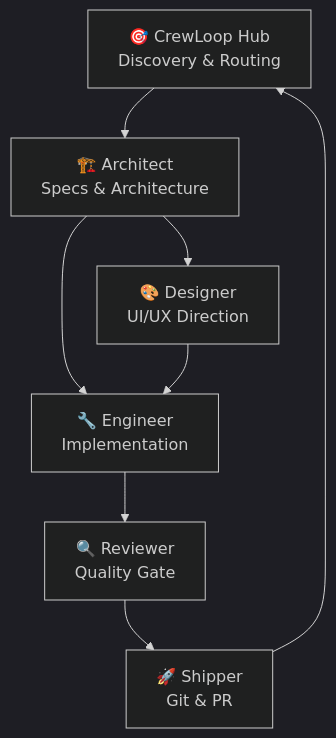
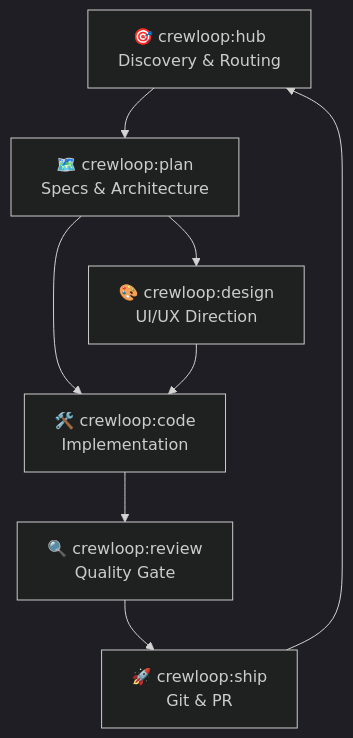
One commit to leorsousa05/CrewLoop changed the diagram in docs/public/docs/getting-started/what-is-crewloop.md. Above: the diagram before and after it, drawn with Mermaid (dark theme). The commit also changed other lines of this file and 117 other files, not shown here.

First line of the commit message:
feat(skills): finalize skill namespace reduction and automatic routing specs

````diff
--- a/docs/public/docs/getting-started/what-is-crewloop.md
+++ b/docs/public/docs/getting-started/what-is-crewloop.md
@@ -39,17 +33,17 @@
 ```mermaid
 flowchart TD
-    O["🎯 CrewLoop Hub\nDiscovery & Routing"]
-    A["🏗️ Architect\nSpecs & Architecture"]
-    D["🎨 Designer\nUI/UX Direction"]
-    E["🔧 Engineer\nImplementation"]
-    R["🔍 Reviewer\nQuality Gate"]
-    S["🚀 Shipper\nGit & PR"]
+    H["🎯 crewloop:hub\nDiscovery & Routing"]
+    P["🗺️ crewloop:plan\nSpecs & Architecture"]
+    D["🎨 crewloop:design\nUI/UX Direction"]
+    C["🛠️ crewloop:code\nImplementation"]
+    R["🔍 crewloop:review\nQuality Gate"]
+    S["🚀 crewloop:ship\nGit & PR"]
 
-    O --> A
-    A --> D
-    A --> E
-    D --> E
-    E --> R
+    H --> P
+    P --> D
+    P --> C
+    D --> C
+    C --> R
     R --> S
-    S --> O
+    S --> H
 ```
````
